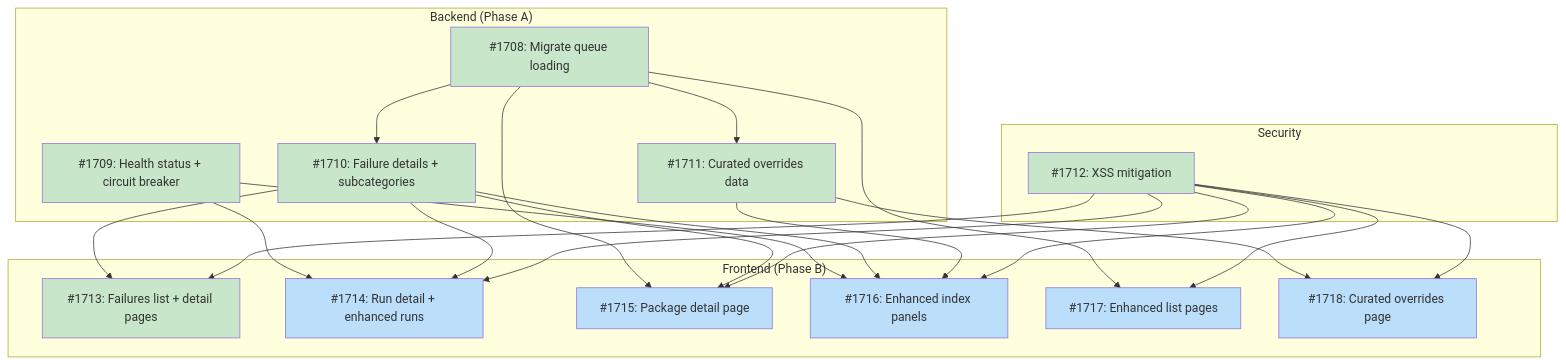
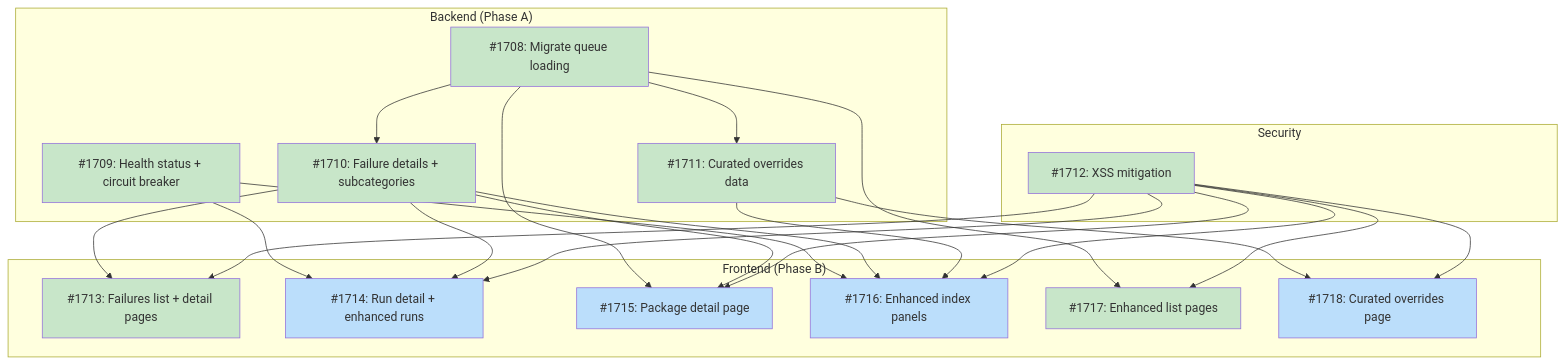
Before and after one commit to tsukumogami/tsuku: the first of 3 diagrams in docs/designs/DESIGN-dashboard-observability.md, drawn with Mermaid. The commit also changed other lines of this file, not shown here.

Commit message:
docs: mark #1717 done in design doc
Update dashboard-observability design doc: strikethrough #1717 in issues
table, mark I1717 done in dependency diagram. No downstream unblocks
(#1717 is a leaf node).

````diff
--- a/docs/designs/DESIGN-dashboard-observability.md
+++ b/docs/designs/DESIGN-dashboard-observability.md
@@ -67,49 +67,49 @@
 ```mermaid
 graph TD
     subgraph Backend["Backend (Phase A)"]
         I1708["#1708: Migrate queue loading"]
         I1709["#1709: Health status + circuit breaker"]
         I1710["#1710: Failure details + subcategories"]
         I1711["#1711: Curated overrides data"]
     end
 
     subgraph Security["Security"]
         I1712["#1712: XSS mitigation"]
     end
 
     subgraph Frontend["Frontend (Phase B)"]
         I1713["#1713: Failures list + detail pages"]
         I1714["#1714: Run detail + enhanced runs"]
         I1715["#1715: Package detail page"]
         I1716["#1716: Enhanced index panels"]
         I1717["#1717: Enhanced list pages"]
         I1718["#1718: Curated overrides page"]
     end
 
     I1708 --> I1710
     I1708 --> I1711
     I1708 --> I1715
     I1708 --> I1717
     I1710 --> I1713
     I1712 --> I1713
     I1709 --> I1714
     I1710 --> I1714
     I1712 --> I1714
     I1710 --> I1715
     I1712 --> I1715
     I1709 --> I1716
     I1710 --> I1716
     I1711 --> I1716
     I1712 --> I1716
     I1712 --> I1717
     I1711 --> I1718
     I1712 --> I1718
 
     classDef done fill:#c8e6c9
     classDef ready fill:#bbdefb
     classDef blocked fill:#fff9c4
     classDef needsDesign fill:#e1bee7
 
-    class I1708,I1709,I1710,I1711,I1712,I1713 done
-    class I1714,I1715,I1716,I1717,I1718 ready
+    class I1708,I1709,I1710,I1711,I1712,I1713,I1717 done
+    class I1714,I1715,I1716,I1718 ready
 ```
````
